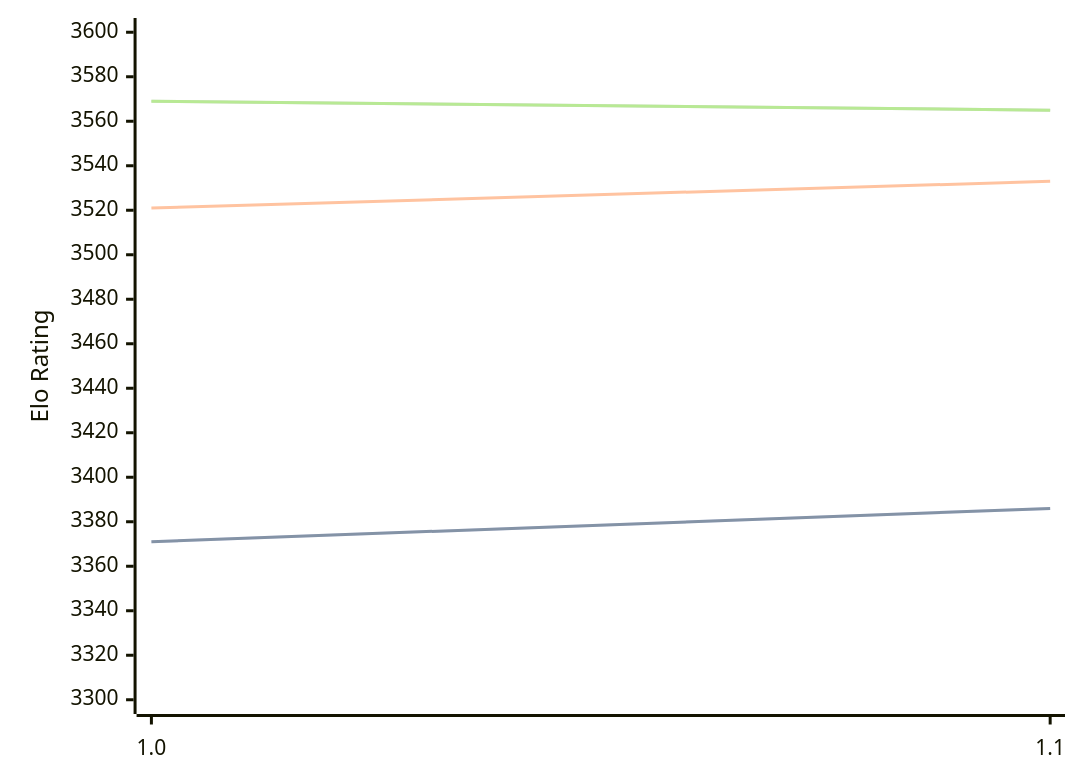
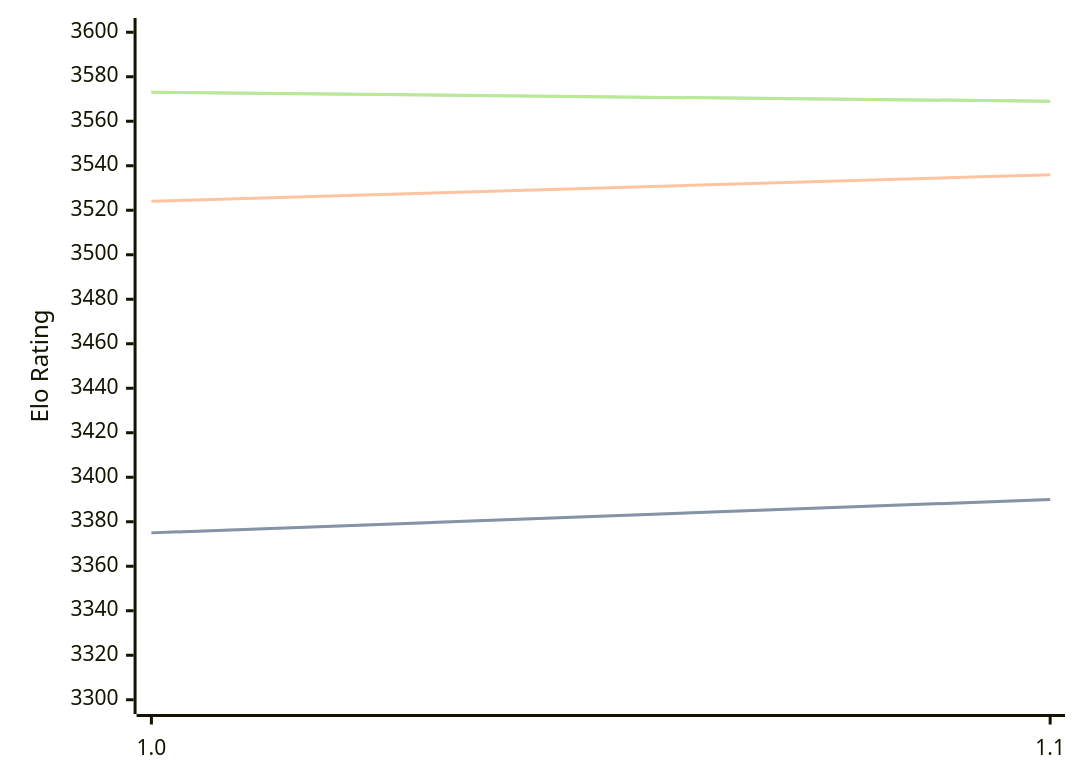
Before and after one commit to computer-chess-index/cci: the diagram in engines/Horsie.md, drawn with Mermaid. The commit also changed other lines of this file, not shown here.

Commit message:
Update CCI Ratings (ELO VLTC) - 2026-04-30

````diff
--- a/engines/Horsie.md
+++ b/engines/Horsie.md
@@ -32,11 +32,11 @@
 ```mermaid
 %%{init: {"theme":"base","themeVariables":{"seriesColors:['#a3a3a3','#222221','#faa371']}}}%%
 xychart-beta
   x-axis ["1.0", "1.1"]
   y-axis "Elo Rating" 3300 --> 3600
-  line "STC (8.0+0.08s)" [3371, 3386]
-  line "STC (8.0+0.08s)" [3371, 3386]
-  line "LTC (60.0+0.60s)" [3521, 3533]
-  line "VLTC (2m24s+1.12s)" [3569, 3565]
-  line "VLTC (2m24s+1.12s)" [3569, 3565]
+  line "STC (8.0+0.08s)" [3375, 3390]
+  line "STC (8.0+0.08s)" [3375, 3390]
+  line "LTC (60.0+0.60s)" [3524, 3536]
+  line "VLTC (2m24s+1.12s)" [3573, 3569]
+  line "VLTC (2m24s+1.12s)" [3573, 3569]
 ```
````
